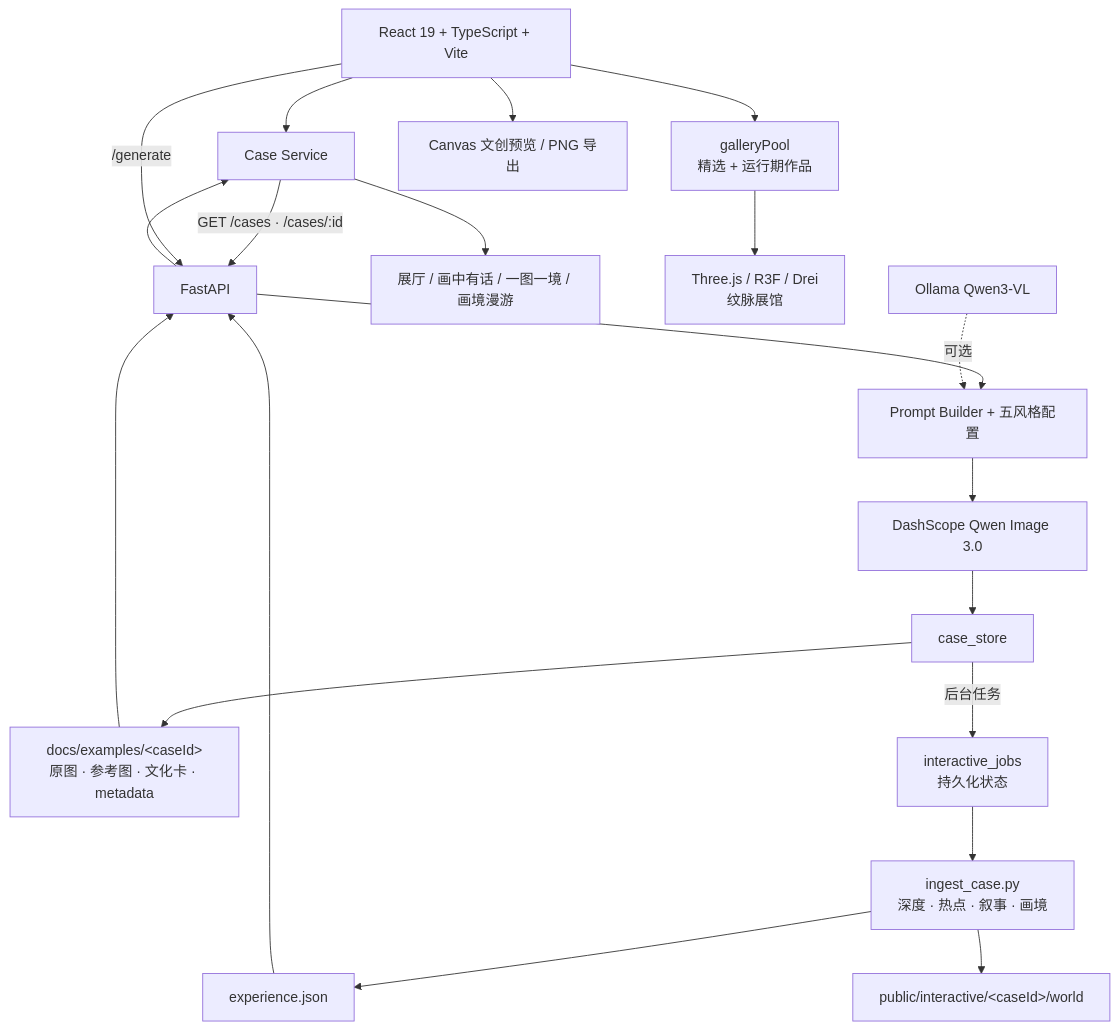
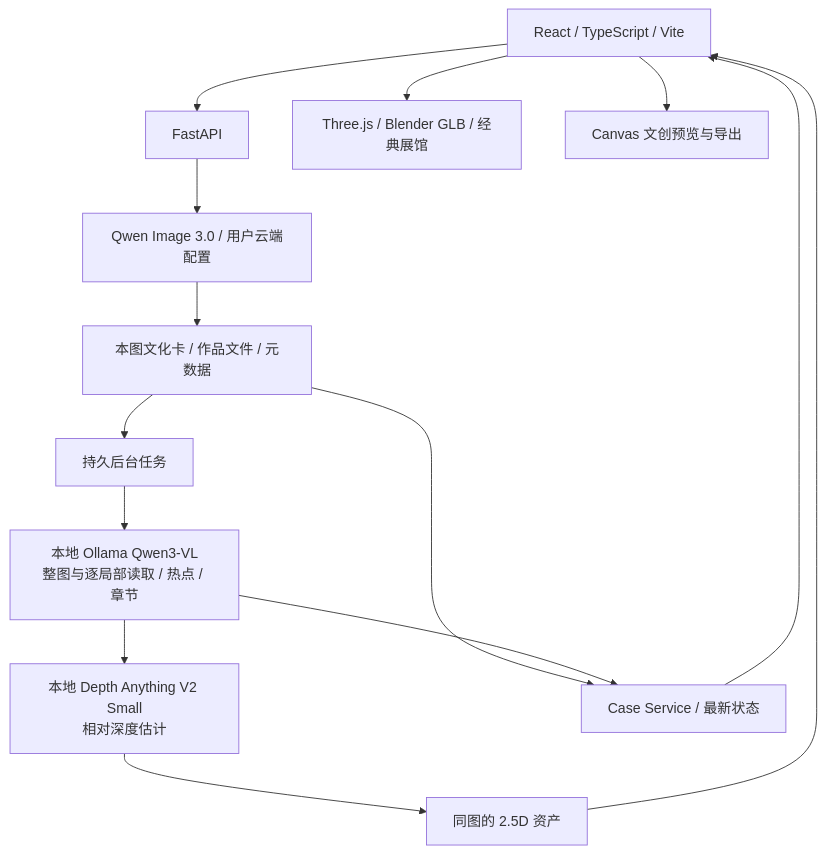
Before and after one commit to 3331083641-prog/wenmai-huazhang: the second of 2 diagrams in README.md, drawn with Mermaid. The commit also changed other lines of this file and 217 other files, not shown here.

First line of the commit message:
feat: automate image-grounded experiences and gallery deletion

````diff
--- a/README.md
+++ b/README.md
@@ -147,22 +95,16 @@
 ```mermaid
 flowchart TD
-  UI[React 19 + TypeScript + Vite] --> CS[Case Service]
-  CS -->|GET /cases · /cases/:id| API[FastAPI]
-  UI -->|/generate| API
-  API --> PB[Prompt Builder + 五风格配置]
-  PB --> QI[DashScope Qwen Image 3.0]
-  QI --> STORE[case_store]
-  STORE --> EX[docs/examples/&lt;caseId&gt;<br/>原图 · 参考图 · 文化卡 · metadata]
-  STORE -->|后台任务| JOBS[interactive_jobs<br/>持久化状态]
-  JOBS --> INGEST[ingest_case.py<br/>深度 · 热点 · 叙事 · 画境]
-  INGEST --> EXP[experience.json]
-  INGEST --> WORLD[public/interactive/&lt;caseId&gt;/world]
-  EX --> API
-  EXP --> API
-  API --> CS
-  CS --> PAGES[展厅 / 画中有话 / 一图一境 / 画境漫游]
-  UI --> POOL[galleryPool<br/>精选 + 运行期作品]
-  POOL --> THREE[Three.js / R3F / Drei<br/>纹脉展馆]
-  UI --> PRODUCT[Canvas 文创预览 / PNG 导出]
-  VL[Ollama Qwen3-VL] -.可选.-> PB
+  UI[React / TypeScript / Vite] --> API[FastAPI]
+  API --> GEN[Qwen Image 3.0 / 用户云端配置]
+  GEN --> SAVE[本图文化卡 / 作品文件 / 元数据]
+  SAVE --> JOB[持久后台任务]
+  JOB --> VL[本地 Ollama Qwen3-VL<br/>整图与逐局部读取 / 热点 / 章节]
+  VL --> DEPTH[本地 Depth Anything V2 Small<br/>相对深度估计]
+  DEPTH --> WORLD[同图的 2.5D 资产]
+  SAVE --> CASES[Case Service / 最新状态]
+  VL --> CASES
+  CASES --> UI
+  WORLD --> UI
+  UI --> HALL[Three.js / Blender GLB / 经典展馆]
+  UI --> PNG[Canvas 文创预览与导出]
 ```
````
